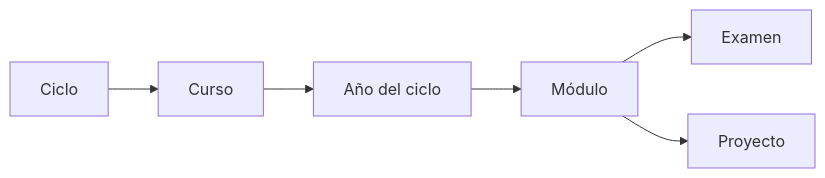
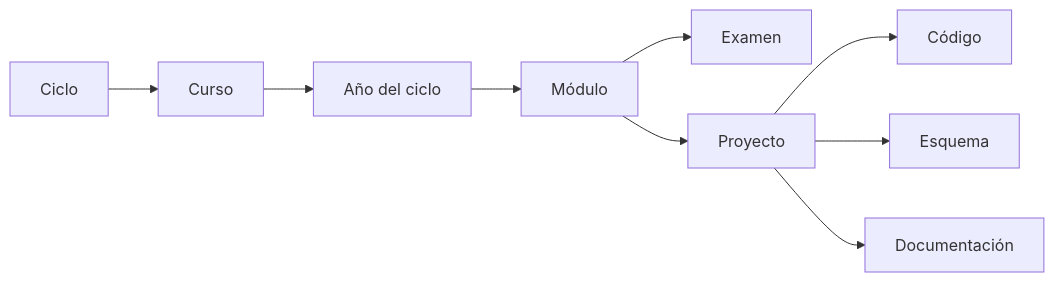
One commit to Multex/Proyectos-Uni changed the first of 2 diagrams in README.md. Above: the diagram before and after it, drawn with Mermaid. The commit also changed other lines of this file and 11 other files, not shown here.

````diff
--- a/README.md
+++ b/README.md
@@ -9,8 +9,11 @@
 ```mermaid
 graph LR
     A[Ciclo] --> B[Curso]
     B --> C[Año del ciclo]
     C --> D[Módulo]
     D --> E[Examen]
     D --> F[Proyecto]
+    F --> G[Código]
+    F --> H[Esquema]
+    F --> I[Documentación]
 ```
````
